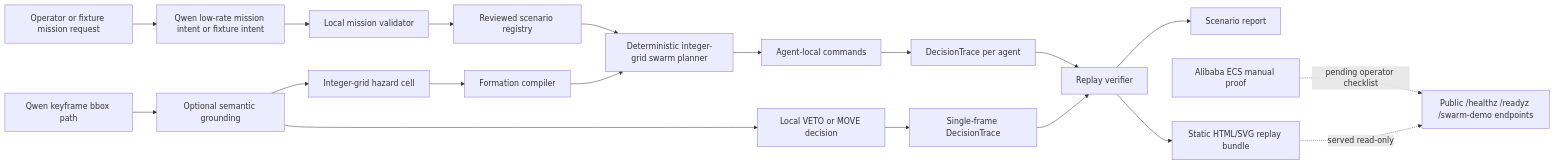
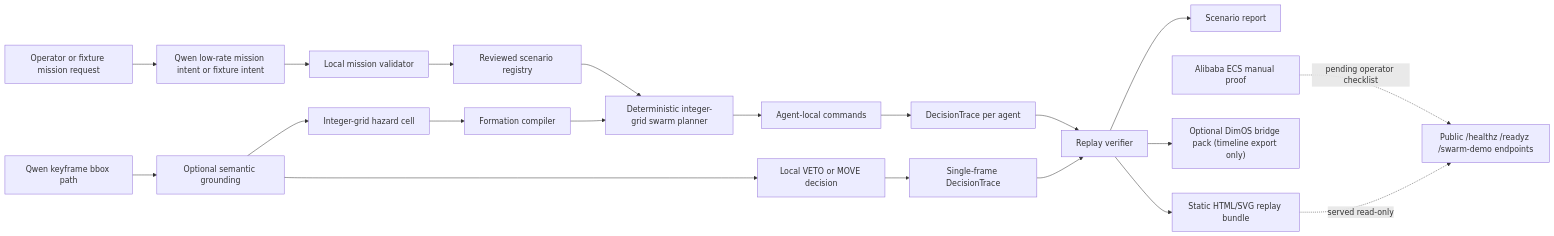
The diagram in docs/submission/architecture.md (omarespejel/accountable-swarm), drawn with Mermaid before and after one commit. The commit also changed other lines of this file and 11 other files, not shown here.

Commit message:
Add DimOS bridge probe pack

````diff
--- a/docs/submission/architecture.md
+++ b/docs/submission/architecture.md
@@ -17,24 +17,25 @@
 ```mermaid
 flowchart LR
     A["Operator or fixture mission request"] --> B["Qwen low-rate mission intent or fixture intent"]
     B --> C["Local mission validator"]
     C --> D["Reviewed scenario registry"]
     D --> E["Deterministic integer-grid swarm planner"]
     E --> F["Agent-local commands"]
     F --> G["DecisionTrace per agent"]
     G --> H["Replay verifier"]
     H --> I["Scenario report"]
     H --> J["Static HTML/SVG replay bundle"]
+    H --> S["Optional DimOS bridge pack (timeline export only)"]
 
     K["Qwen keyframe bbox path"] --> L["Optional semantic grounding"]
     L --> M["Local VETO or MOVE decision"]
     M --> N["Single-frame DecisionTrace"]
     N --> H
 
     L --> Q["Integer-grid hazard cell"]
     Q --> R["Formation compiler"]
     R --> E
 
     O["Alibaba ECS manual proof"] -. "pending operator checklist" .-> P["Public /healthz /readyz /swarm-demo endpoints"]
     J -. "served read-only" .-> P
 ```
````
